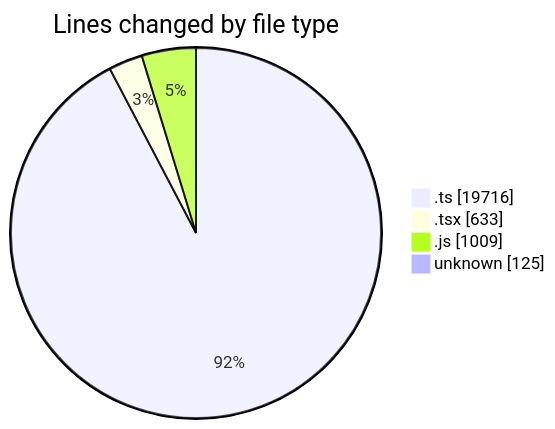
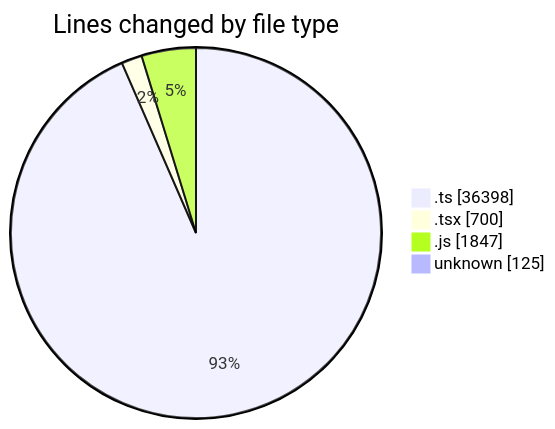
One commit to momahboobian/code-tracking changed the first of 2 diagrams in 2026-09-18/cda/README.md. Above: the diagram before and after it, drawn with Mermaid. The commit also changed other lines of this file and 1 other file, not shown here.

````diff
--- a/2026-09-18/cda/README.md
+++ b/2026-09-18/cda/README.md
@@ -32,8 +38,8 @@
 ```mermaid
 pie showData
 title Lines changed by file type
-".ts" : 19716
-".tsx" : 633
-".js" : 1009
+".ts" : 36398
+".tsx" : 700
+".js" : 1847
 "unknown" : 125
 ```
````
